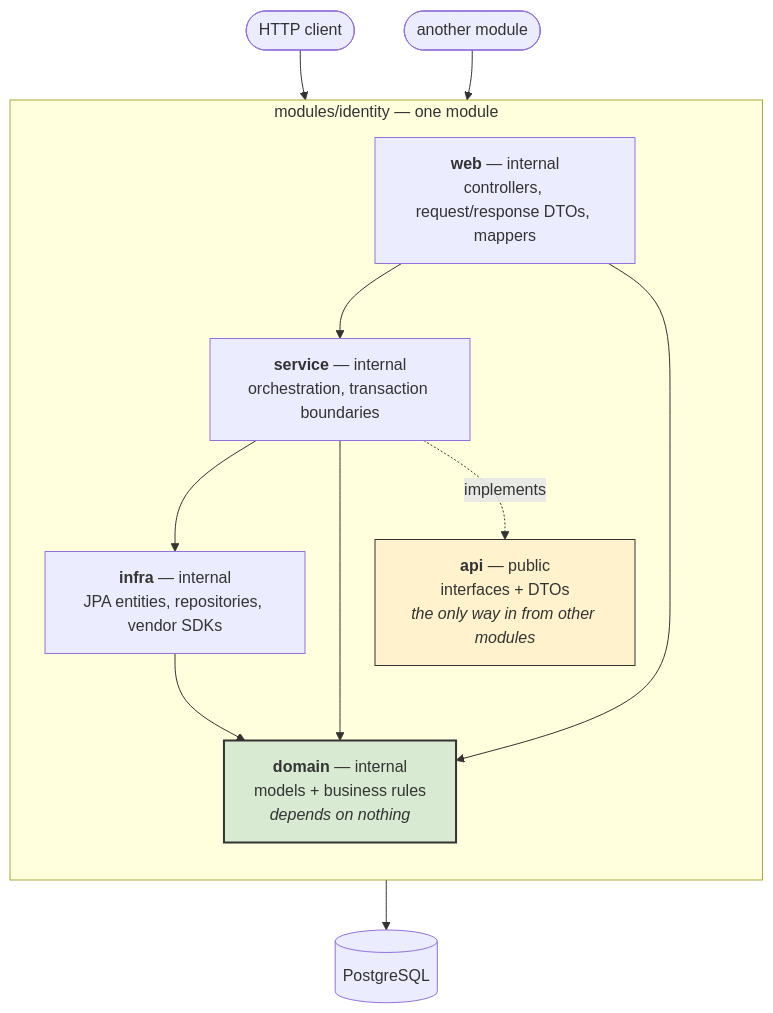
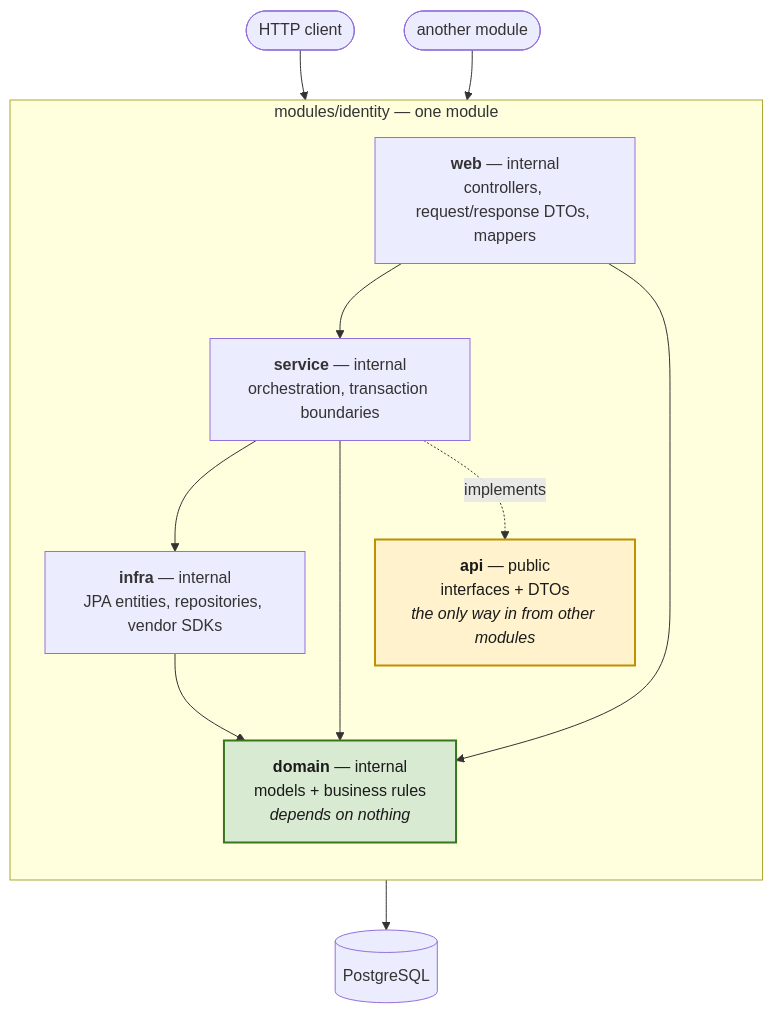
Before and after one commit to Ayodeji97/moyi-backend: the second of 2 diagrams in README.md, drawn with Mermaid. The commit also changed other lines of this file, not shown here.

First line of the commit message:
docs: make README diagrams readable on GitHub's dark theme

````diff
--- a/README.md
+++ b/README.md
@@ -127,29 +130,31 @@
 ```mermaid
 flowchart TD
     client(["HTTP client"])
     sibling(["another module"])
     db[("PostgreSQL")]
 
     subgraph module ["modules/identity — one module"]
         direction TB
         api["<b>api</b> — public<br/>interfaces + DTOs<br/><i>the only way in from other modules</i>"]
         web["<b>web</b> — internal<br/>controllers, request/response DTOs, mappers"]
         service["<b>service</b> — internal<br/>orchestration, transaction boundaries"]
         infra["<b>infra</b> — internal<br/>JPA entities, repositories, vendor SDKs"]
         domain["<b>domain</b> — internal<br/>models + business rules<br/><i>depends on nothing</i>"]
 
         web --> service
         web --> domain
         service --> infra
         service --> domain
         service -. implements .-> api
         infra --> domain
     end
 
     client --> web
     sibling --> api
     infra --> db
 
-    style domain fill:#d9ead3,stroke:#333,stroke-width:2px
-    style api fill:#fff2cc,stroke:#333
+    classDef innermost fill:#d9ead3,stroke:#38761d,stroke-width:2px,color:#1a1a1a
+    classDef contract fill:#fff2cc,stroke:#bf9000,stroke-width:2px,color:#1a1a1a
+    class domain innermost
+    class api contract
 ```
````
